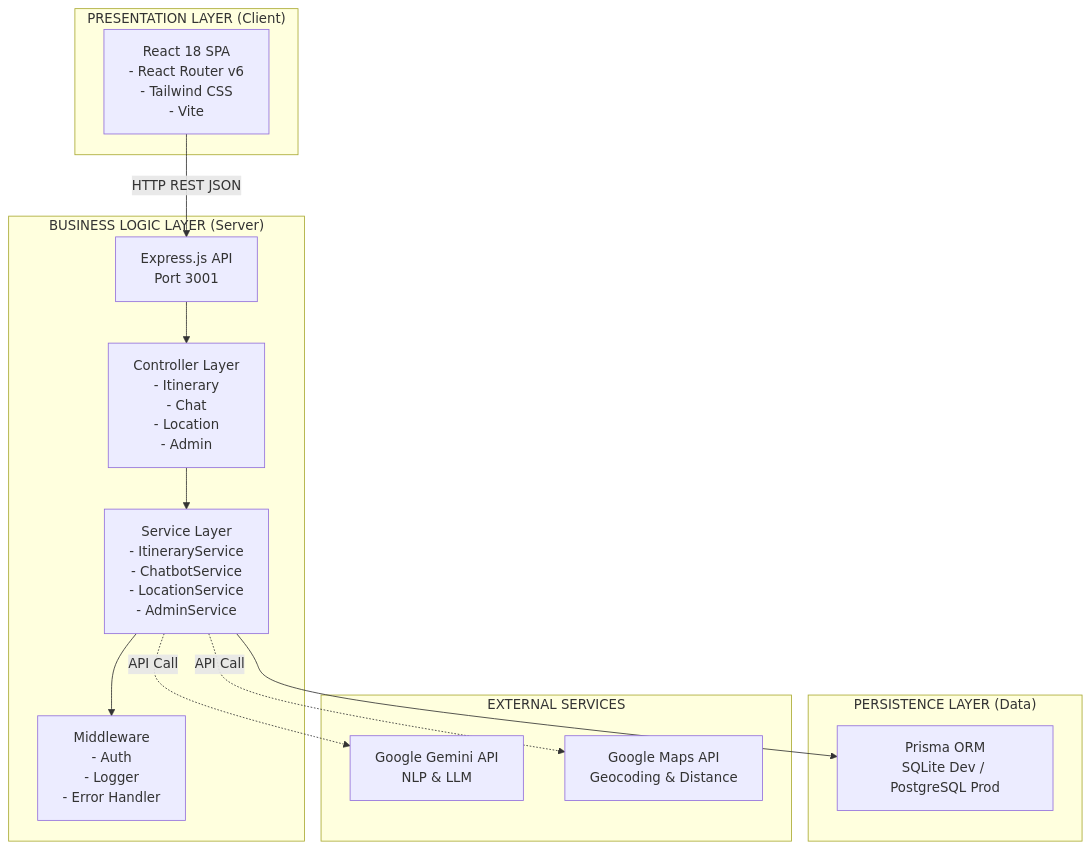
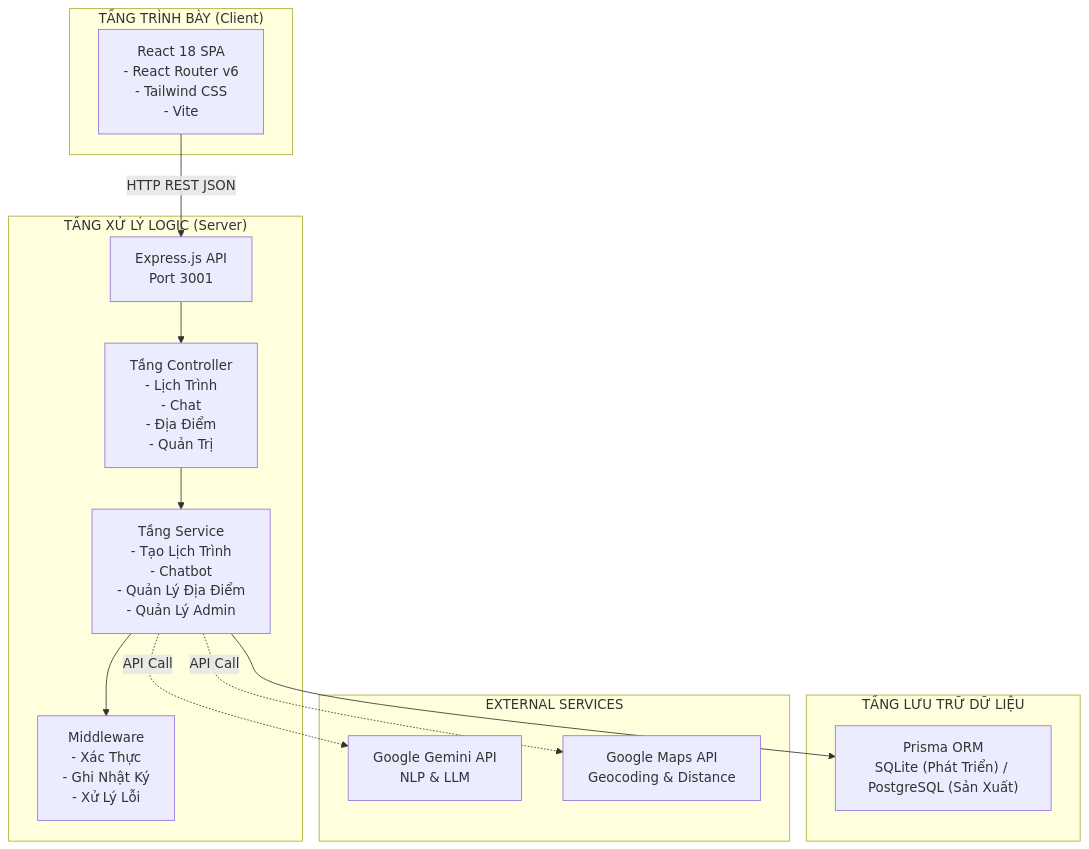
Before and after one commit to Doggie-H/Dana-Travel: the first of 10 diagrams in docs/ARCHITECTURE.md, drawn with Mermaid. The commit also changed other lines of this file, not shown here.

````diff
--- a/docs/ARCHITECTURE.md
+++ b/docs/ARCHITECTURE.md
@@ -59,30 +59,30 @@
 ```mermaid
 graph TB
-    subgraph Presentation["PRESENTATION LAYER (Client)"]
+    subgraph Presentation["TẦNG TRÌNH BÀY (Client)"]
         React["React 18 SPA<br/>- React Router v6<br/>- Tailwind CSS<br/>- Vite"]
     end
 
-    subgraph Business["BUSINESS LOGIC LAYER (Server)"]
+    subgraph Business["TẦNG XỬ LÝ LOGIC (Server)"]
         Express["Express.js API<br/>Port 3001"]
-        Controllers["Controller Layer<br/>- Itinerary<br/>- Chat<br/>- Location<br/>- Admin"]
-        Services["Service Layer<br/>- ItineraryService<br/>- ChatbotService<br/>- LocationService<br/>- AdminService"]
-        Middleware["Middleware<br/>- Auth<br/>- Logger<br/>- Error Handler"]
+        Controllers["Tầng Controller<br/>- Lịch Trình<br/>- Chat<br/>- Địa Điểm<br/>- Quản Trị"]
+        Services["Tầng Service<br/>- Tạo Lịch Trình<br/>- Chatbot<br/>- Quản Lý Địa Điểm<br/>- Quản Lý Admin"]
+        Middleware["Middleware<br/>- Xác Thực<br/>- Ghi Nhật Ký<br/>- Xử Lý Lỗi"]
     end
 
-    subgraph Data["PERSISTENCE LAYER (Data)"]
-        DB["Prisma ORM<br/>SQLite Dev / PostgreSQL Prod"]
+    subgraph Data["TẦNG LƯU TRỮ DỮ LIỆU"]
+        DB["Prisma ORM<br/>SQLite (Phát Triển) / PostgreSQL (Sản Xuất)"]
     end
 
     subgraph External["EXTERNAL SERVICES"]
         Gemini["Google Gemini API<br/>NLP & LLM"]
         Maps["Google Maps API<br/>Geocoding & Distance"]
     end
 
     React -->|HTTP REST JSON| Express
     Express --> Controllers
     Controllers --> Services
     Services --> Middleware
     Services --> DB
     Services -.->|API Call| Gemini
     Services -.->|API Call| Maps
 ```
````
